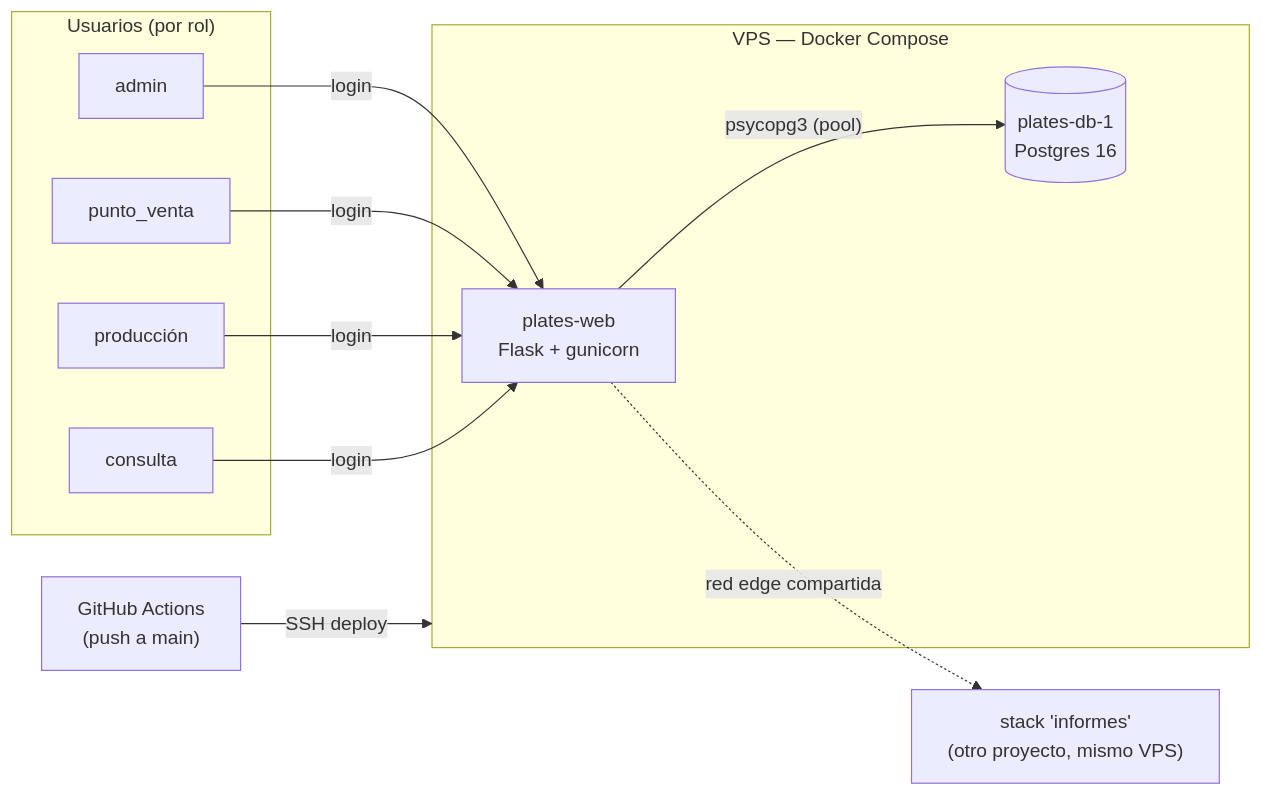
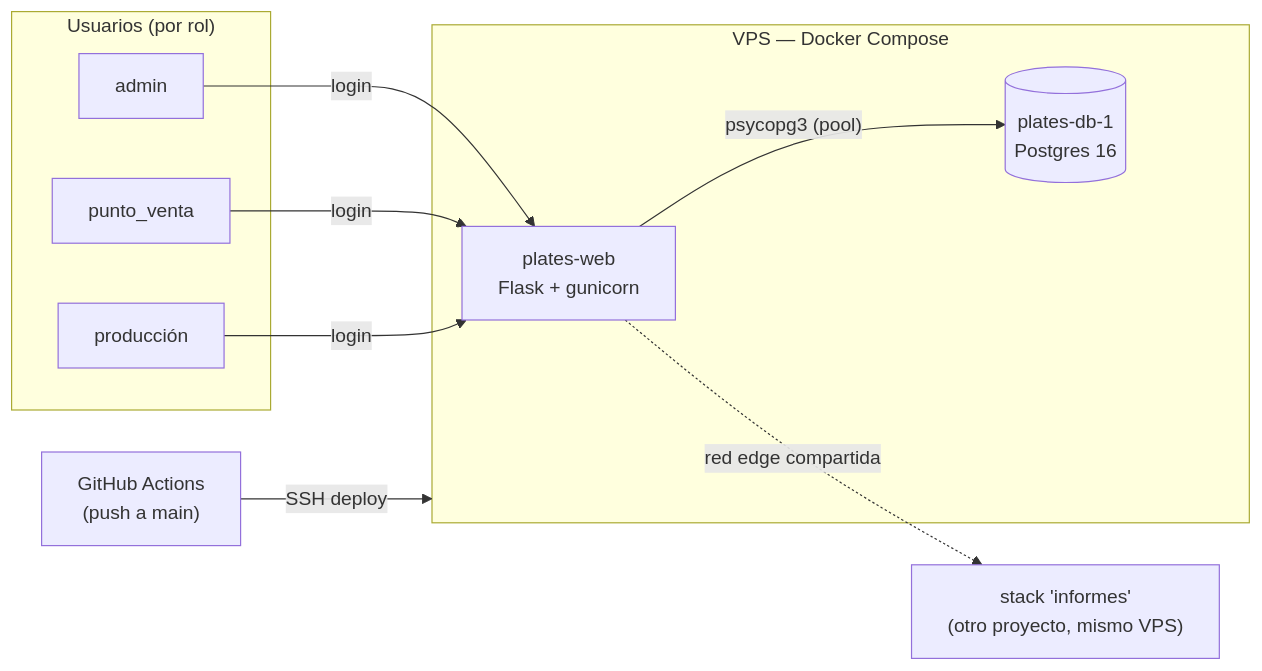
One commit to nickkmm/plates changed the diagram in docs/README.md. Above: the diagram before and after it, drawn with Mermaid. The commit also changed other lines of this file and 3 other files, not shown here.

````diff
--- a/docs/README.md
+++ b/docs/README.md
@@ -29,20 +29,18 @@
 ```mermaid
 flowchart LR
     subgraph Usuarios["Usuarios (por rol)"]
         A[admin]
         PV[punto_venta]
         P[producción]
-        C[consulta]
     end
     subgraph VPS["VPS — Docker Compose"]
         WEB["plates-web<br/>Flask + gunicorn"]
         DB[("plates-db-1<br/>Postgres 16")]
         WEB -->|"psycopg3 (pool)"| DB
     end
     A -- login --> WEB
     PV -- login --> WEB
     P -- login --> WEB
-    C -- login --> WEB
     GH["GitHub Actions<br/>(push a main)"] -- "SSH deploy" --> VPS
     WEB -.->|"red edge compartida"| INF["stack 'informes'<br/>(otro proyecto, mismo VPS)"]
 ```
````
